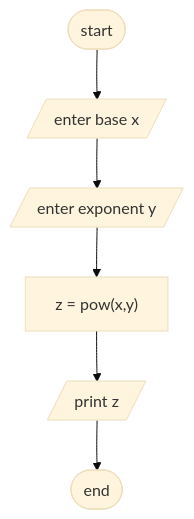
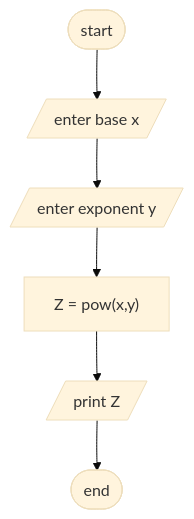
The diagram in ETS1118_15_Philipos_Hailu/2nd year/Exercise 1/Q4  Power problem/Analysis.md (SWEG-2015EC-Batch/Codify), drawn with Mermaid (base theme) before and after one commit. The commit also changed other lines of this file, not shown here.

````diff
--- a/ETS1118_15_Philipos_Hailu/2nd year/Exercise 1/Q4  Power problem/Analysis.md
+++ b/ETS1118_15_Philipos_Hailu/2nd year/Exercise 1/Q4  Power problem/Analysis.md
@@ -24,8 +24,8 @@
 ```mermaid
 flowchart TD;
 A([start]) --> B[/enter base x/];
 B --> C[/enter exponent y/];
-C --> D["z = pow(x,y)"];
-D --> E[/print z/];
+C --> D["Z = pow(x,y)"];
+D --> E[/print Z/];
 E --> F([end]);
 ```
````
